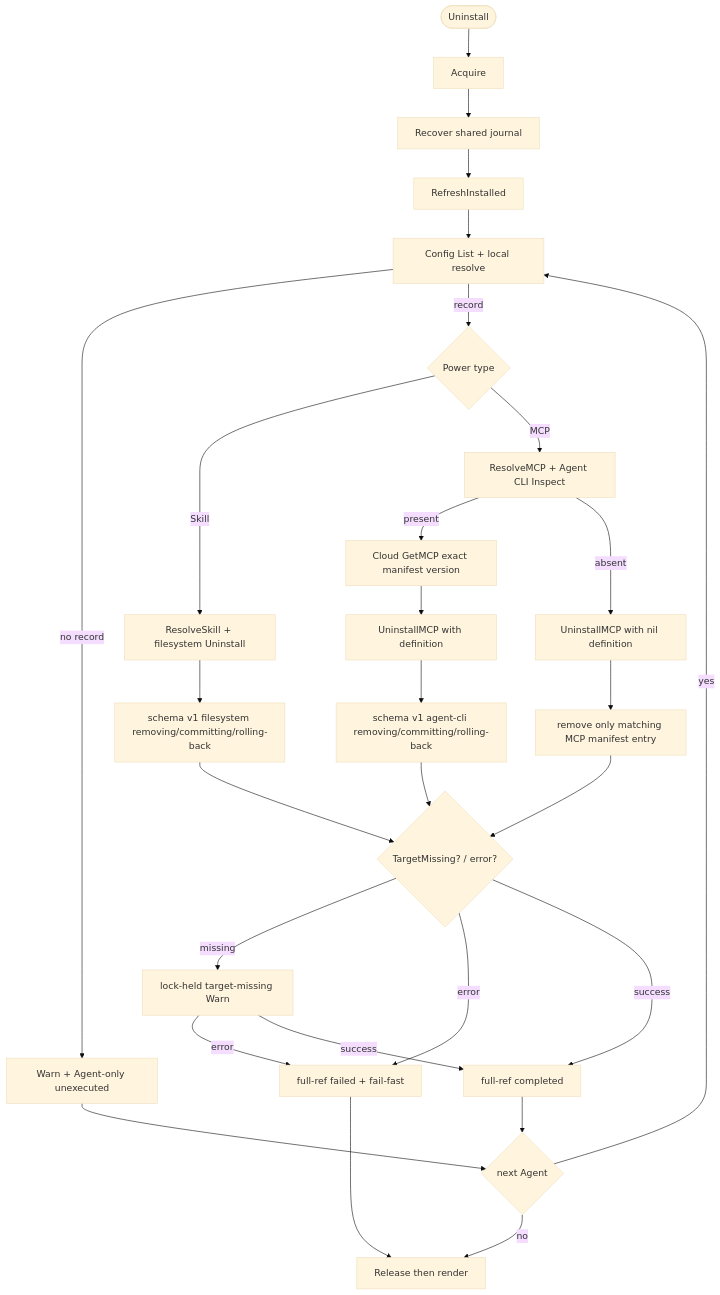
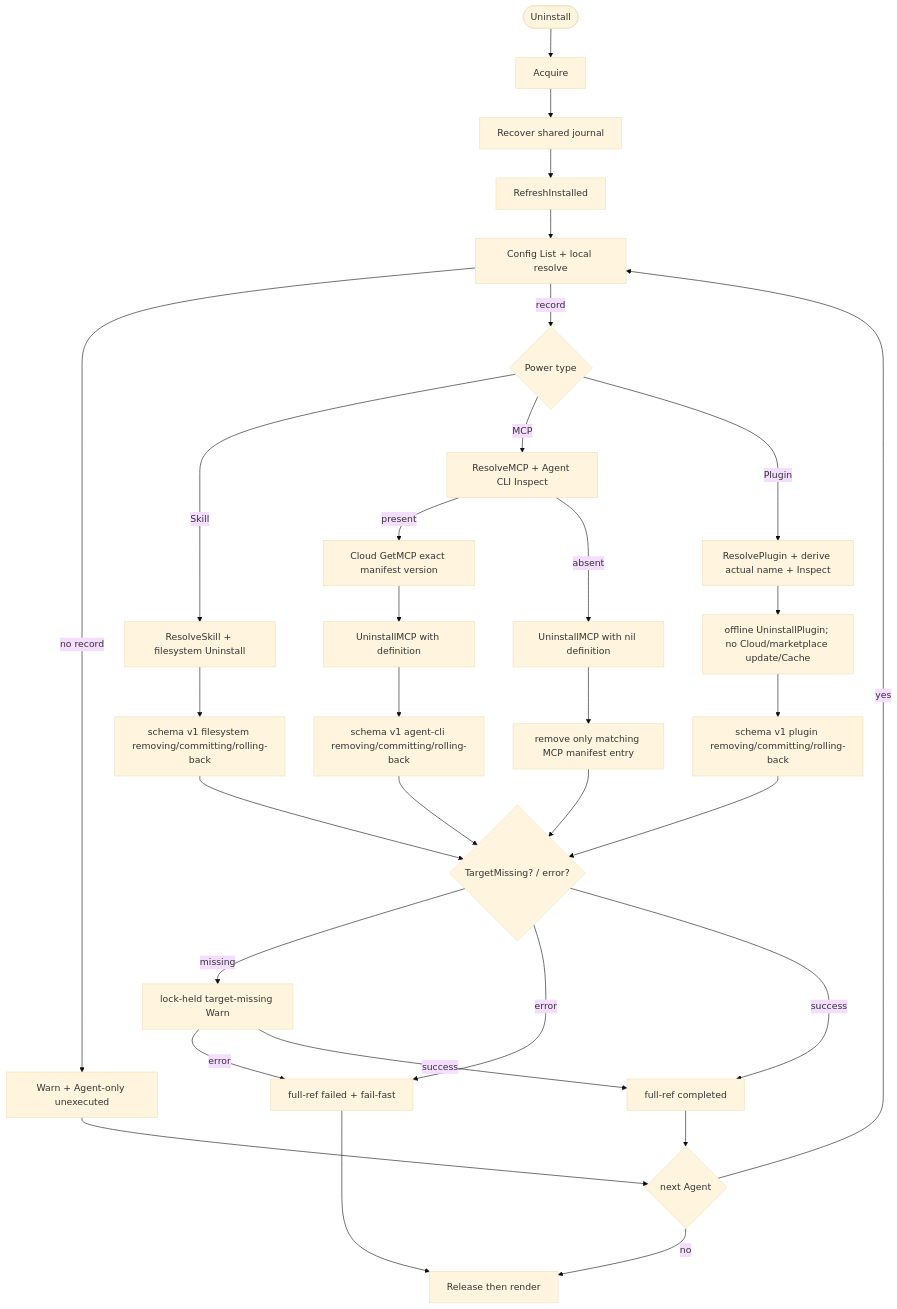
One commit to spacemit-com/agent-power-manager changed the diagram in ivory-tower/c4/components/apm-cli-lifecycle-diagrams/uninstall.mmd. Above: the diagram before and after it, drawn with Mermaid (base theme). The commit also changed 15 other files, not shown here.

Commit message:
docs(plugin): record lifecycle architecture

```diff
--- a/ivory-tower/c4/components/apm-cli-lifecycle-diagrams/uninstall.mmd
+++ b/ivory-tower/c4/components/apm-cli-lifecycle-diagrams/uninstall.mmd
@@ -1,28 +1,32 @@
 flowchart TD
     Start([Uninstall]) --> Lock[Acquire]
     Lock --> Recover[Recover shared journal]
     Recover --> Refresh[RefreshInstalled]
     Refresh --> Manifest[Config List + local resolve]
     Manifest -->|no record| WarnNone[Warn + Agent-only unexecuted]
     Manifest -->|record| Type{Power type}
     Type -->|Skill| Skill[ResolveSkill + filesystem Uninstall]
     Skill --> FSJournal[schema v1 filesystem removing/committing/rolling-back]
     Type -->|MCP| MCP[ResolveMCP + Agent CLI Inspect]
     MCP -->|present| Def[Cloud GetMCP exact manifest version]
     Def --> MCPTx[UninstallMCP with definition]
     MCP -->|absent| MCPStale[UninstallMCP with nil definition]
     MCPTx --> CLIJournal[schema v1 agent-cli removing/committing/rolling-back]
     MCPStale --> Missing[remove only matching MCP manifest entry]
+    Type -->|Plugin| Plugin[ResolvePlugin + derive actual name + Inspect]
+    Plugin --> PluginTx[offline UninstallPlugin; no Cloud/marketplace update/Cache]
+    PluginTx --> PluginJournal[schema v1 plugin removing/committing/rolling-back]
     FSJournal --> Result{TargetMissing? / error?}
     CLIJournal --> Result
+    PluginJournal --> Result
     Missing --> Result
     Result -->|missing| WarnMissing[lock-held target-missing Warn]
     Result -->|error| Fail[full-ref failed + fail-fast]
     Result -->|success| Done[full-ref completed]
     WarnMissing -->|error| Fail
     WarnMissing -->|success| Done
     WarnNone --> Next{next Agent}
     Done --> Next
     Next -->|yes| Manifest
     Next -->|no| Release[Release then render]
     Fail --> Release
```
